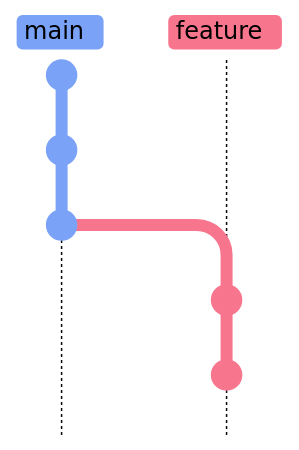
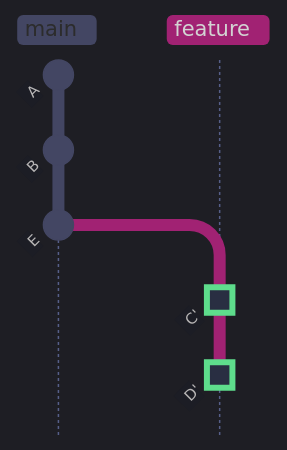
The seventh of 12 diagrams in content/08-Git/04-merge-vs-rebase-vs-squash.md (alp78/elysium), drawn with Mermaid before and after one commit. The commit also changed other lines of this file and 4 other files, not shown here.

````diff
--- a/content/08-Git/04-merge-vs-rebase-vs-squash.md
+++ b/content/08-Git/04-merge-vs-rebase-vs-squash.md
@@ -146,10 +368,21 @@
 ```mermaid
-%%{init: {'theme': 'base', 'themeVariables': {'git0': '#7aa2f7', 'git1': '#f7768e', 'git2': '#9ece6a', 'git3': '#e0af68', 'git4': '#bb9af7', 'gitBranchLabel0': '#000000', 'gitBranchLabel1': '#000000', 'gitBranchLabel2': '#000000', 'gitBranchLabel3': '#000000', 'commitLabelColor': '#ffffff', 'commitLabelBackground': 'transparent', 'commitLabelFontSize': '14px', 'tagLabelColor': '#000000', 'tagLabelBackground': '#c0caf5'}, 'gitGraph': {'mainBranchName': 'main'}} }%%
+%%{init: {'theme': 'dark', 'themeVariables': {
+  'primaryColor': '#292e42',
+  'primaryTextColor': '#c0caf5',
+  'primaryBorderColor': '#565f89',
+  'lineColor': '#565f89',
+  'secondaryColor': '#1a1b26',
+  'tertiaryColor': '#24283b',
+  'noteTextColor': '#c0caf5',
+  'noteBkgColor': '#292e42',
+  'textColor': '#c0caf5',
+  'fontSize': '14px'
+}, 'gitGraph': {'mainBranchName': 'main'}}}%%
 gitGraph TB:
   commit id: "A"
   commit id: "B"
   commit id: "E"
   branch feature
-  commit id: "C'"
-  commit id: "D'"
+  commit id: "C'" type: HIGHLIGHT
+  commit id: "D'" type: HIGHLIGHT
 ```
````
